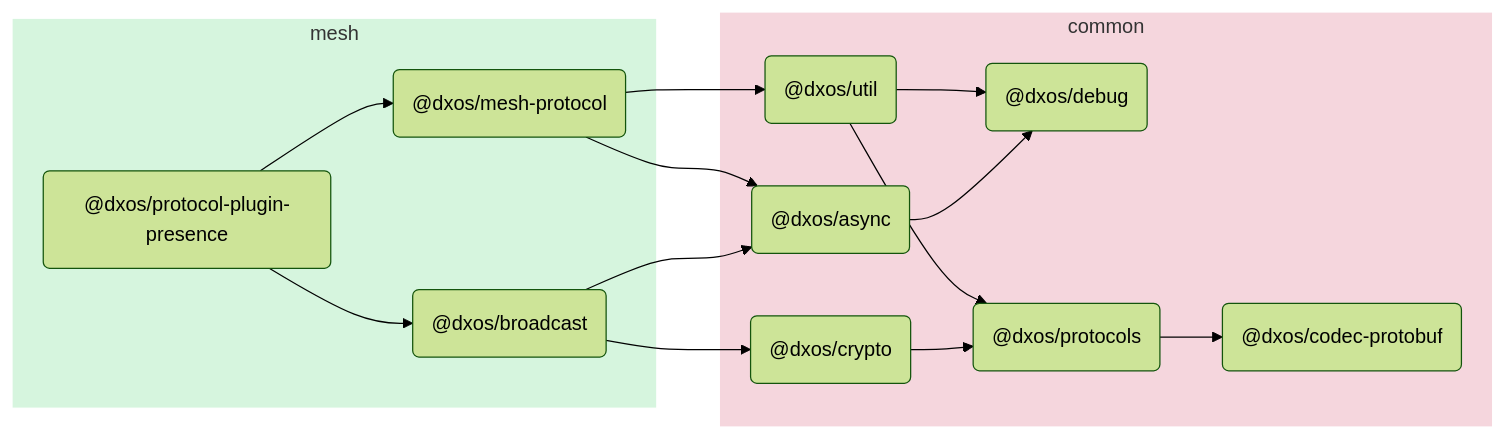
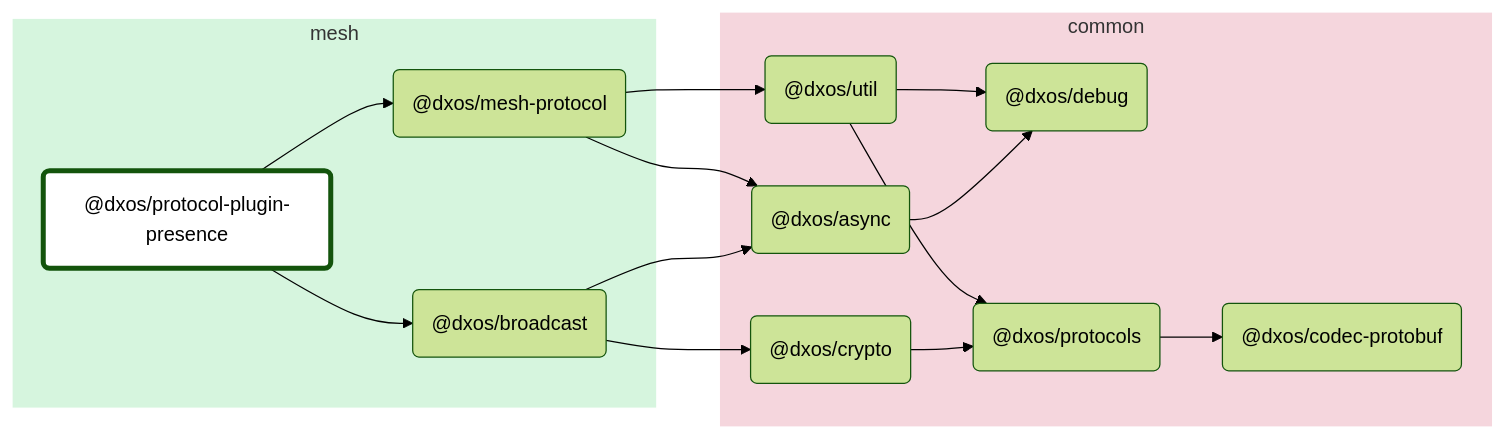
Before and after one commit to dxos/dxos: the diagram in packages/mesh/protocol-plugin-presence/docs/README.md, drawn with Mermaid (forest theme). The commit also changed other lines of this file and 88 other files, not shown here.

````diff
--- a/packages/mesh/protocol-plugin-presence/docs/README.md
+++ b/packages/mesh/protocol-plugin-presence/docs/README.md
@@ -5,32 +7,42 @@
 ```mermaid
 flowchart LR;
+
+style dxos/protocol-plugin-presence fill:#fff,stroke-width:4px;
+
+click dxos/broadcast "https:/github.com/dxos/dxos/tree/main/packages/mesh/broadcast/docs";
+click dxos/async "https:/github.com/dxos/dxos/tree/main/packages/common/async/docs";
+click dxos/codec-protobuf "https:/github.com/dxos/dxos/tree/main/packages/common/codec-protobuf/docs";
+click dxos/crypto "https:/github.com/dxos/dxos/tree/main/packages/common/crypto/docs";
+click dxos/protocols "https:/github.com/dxos/dxos/tree/main/packages/common/protocols/docs";
+click dxos/mesh-protocol "https:/github.com/dxos/dxos/tree/main/packages/mesh/mesh-protocol/docs";
+click dxos/util "https:/github.com/dxos/dxos/tree/main/packages/common/util/docs";
 
 subgraph mesh
   style mesh fill:#d6f5de,stroke:#fff;
   dxos/protocol-plugin-presence("@dxos/protocol-plugin-presence");
   dxos/broadcast("@dxos/broadcast");
   dxos/mesh-protocol("@dxos/mesh-protocol");
 end
 
 subgraph common
   style common fill:#f5d6dd,stroke:#fff;
   dxos/async("@dxos/async");
   dxos/debug("@dxos/debug");
   dxos/codec-protobuf("@dxos/codec-protobuf");
   dxos/crypto("@dxos/crypto");
   dxos/protocols("@dxos/protocols");
   dxos/util("@dxos/util");
 end
 
 dxos/protocol-plugin-presence --> dxos/broadcast;
 dxos/broadcast --> dxos/async;
 dxos/async --> dxos/debug;
 dxos/broadcast --> dxos/crypto;
 dxos/crypto --> dxos/protocols;
 dxos/protocols --> dxos/codec-protobuf;
 dxos/protocol-plugin-presence --> dxos/mesh-protocol;
 dxos/mesh-protocol --> dxos/async;
 dxos/mesh-protocol --> dxos/util;
 dxos/util --> dxos/debug;
 dxos/util --> dxos/protocols;
 ```
````
